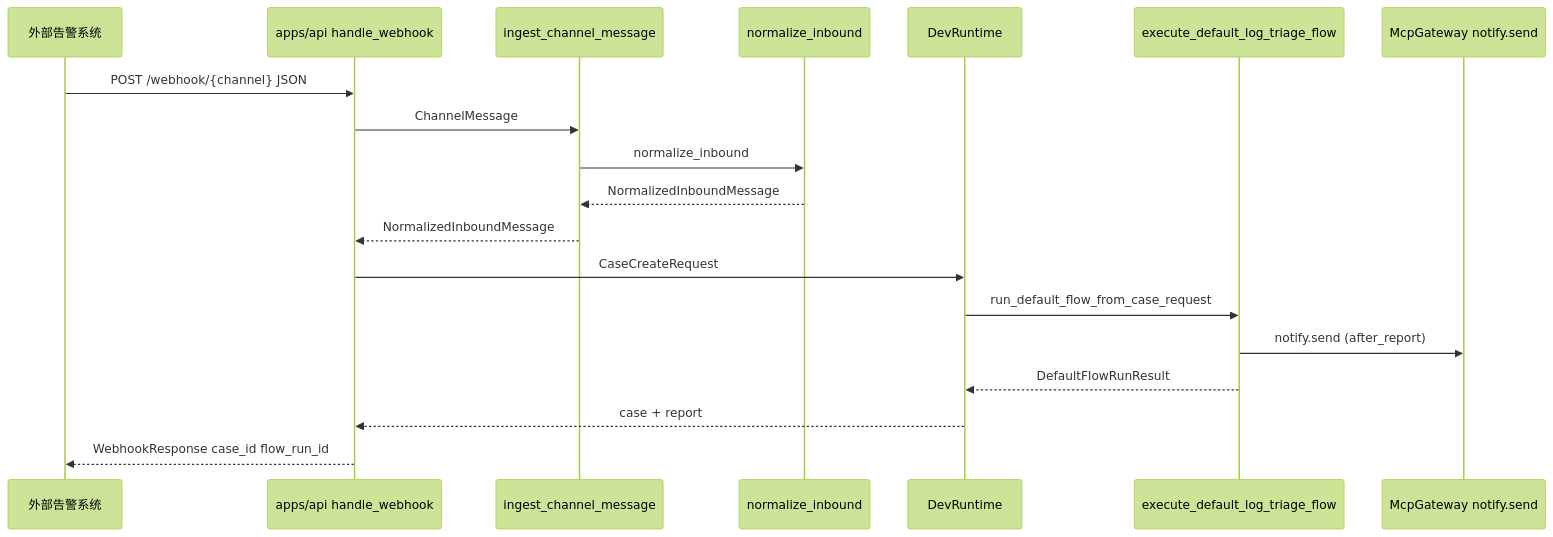
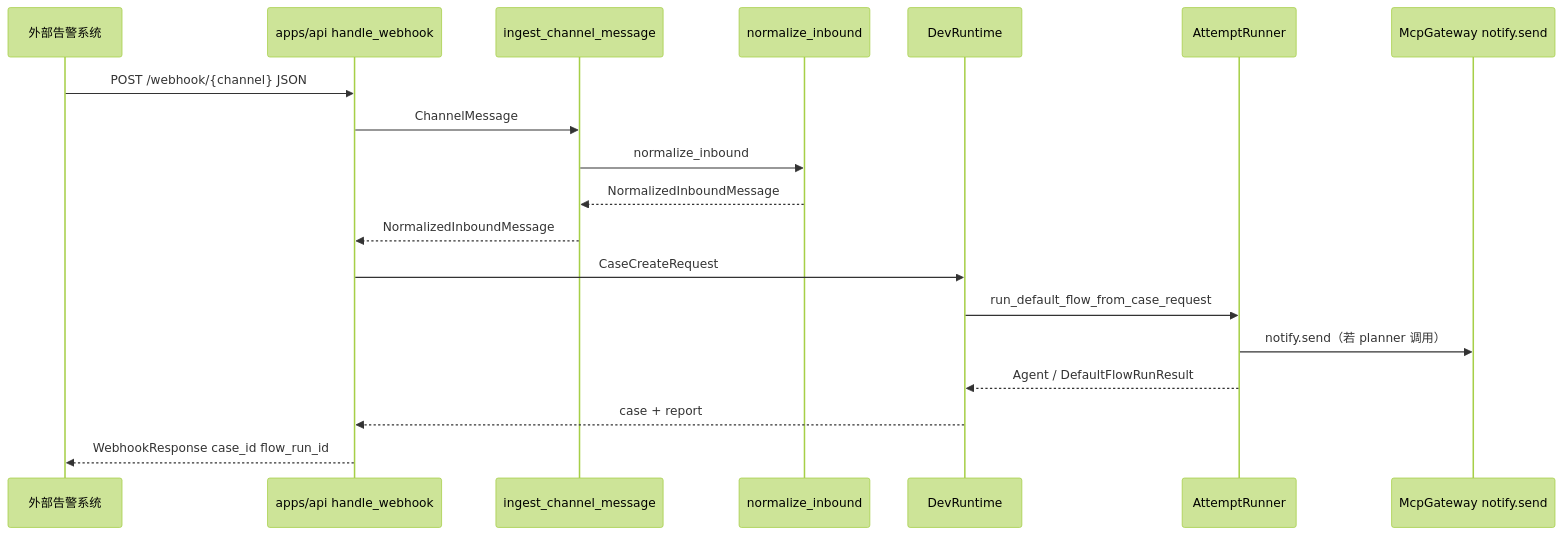
Before and after one commit to iceycn/root-seeker-v2: the first of 2 diagrams in docs/business-logic/10-channel-routing.md, drawn with Mermaid (forest theme). The commit also changed other lines of this file and 10 other files, not shown here.

Commit message:
docs(skill): record Agent playbook as default path

````diff
--- a/docs/business-logic/10-channel-routing.md
+++ b/docs/business-logic/10-channel-routing.md
@@ -77,22 +77,22 @@
 ```mermaid
 sequenceDiagram
     participant Ext as 外部告警系统
     participant API as apps/api handle_webhook
     participant In as ingest_channel_message
     participant Norm as normalize_inbound
     participant RT as DevRuntime
-    participant Flow as execute_default_log_triage_flow
+    participant AR as AttemptRunner
     participant GW as McpGateway notify.send
 
     Ext->>API: POST /webhook/{channel} JSON
     API->>In: ChannelMessage
     In->>Norm: normalize_inbound
     Norm-->>In: NormalizedInboundMessage
     In-->>API: NormalizedInboundMessage
     API->>RT: CaseCreateRequest
-    RT->>Flow: run_default_flow_from_case_request
-    Flow->>GW: notify.send (after_report)
-    Flow-->>RT: DefaultFlowRunResult
+    RT->>AR: run_default_flow_from_case_request
+    AR->>GW: notify.send（若 planner 调用）
+    AR-->>RT: Agent / DefaultFlowRunResult
     RT-->>API: case + report
     API-->>Ext: WebhookResponse case_id flow_run_id
 ```
````
